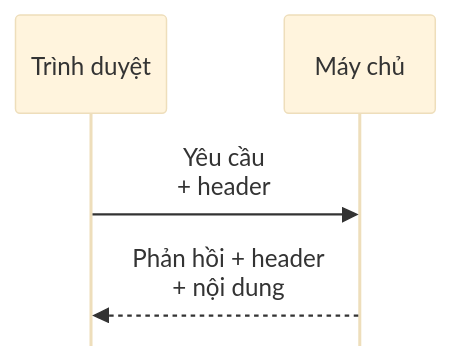
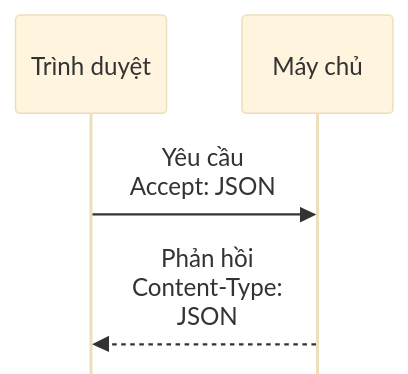
Before and after one commit to vohoailinh90/Agentic-coding-course: the diagram in system-design-101/vi/lessons/sd-01-006/lesson.md, drawn with Mermaid (base theme). The commit also changed other lines of this file, not shown here.

First line of the commit message:
sd-01-006: show Accept and Content-Type in the diagram so the self-check can be answered from it

````diff
--- a/system-design-101/vi/lessons/sd-01-006/lesson.md
+++ b/system-design-101/vi/lessons/sd-01-006/lesson.md
@@ -15,8 +15,8 @@
 ```mermaid
 %%{init: {"sequence": {"width": 100, "actorMargin": 30, "messageMargin": 24, "mirrorActors": false}}}%%
 sequenceDiagram
     participant B as Trình duyệt
     participant S as Máy chủ
-    B->>S: Yêu cầu<br/>+ header
-    S-->>B: Phản hồi + header<br/>+ nội dung
+    B->>S: Yêu cầu<br/>Accept: JSON
+    S-->>B: Phản hồi<br/>Content-Type:<br/>JSON
 ```
````
